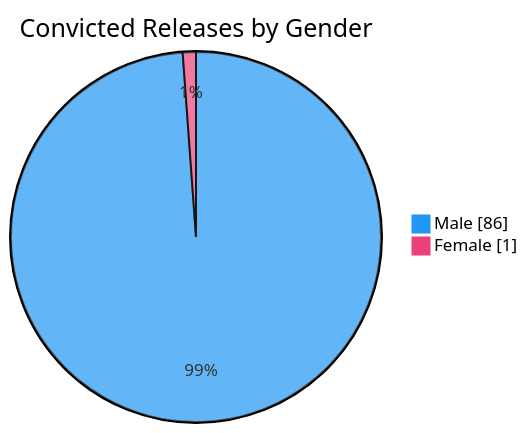
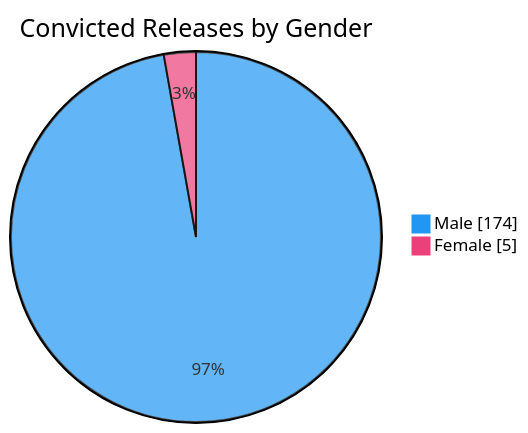
One commit to nuuuwan/lk_prisons changed the sixth of 7 diagrams in README.md. Above: the diagram before and after it, drawn with Mermaid. The commit also changed other lines of this file and 1 other file, not shown here.

````diff
--- a/README.md
+++ b/README.md
@@ -98,6 +98,6 @@
 ```mermaid
 %%{init: {'themeVariables': {'pie1': '#2196F3', 'pie2': '#EC407A'}}}%%
 pie showData title Convicted Releases by Gender
-    "Male" : 86
-    "Female" : 1
+    "Male" : 174
+    "Female" : 5
 ```
````
